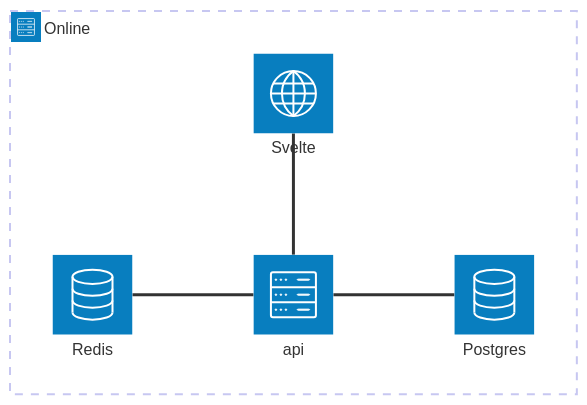
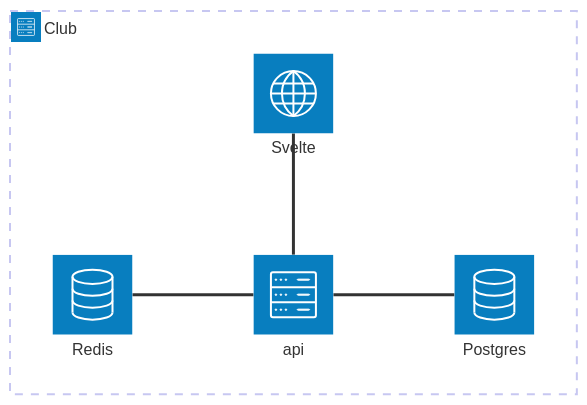
The diagram in README.md (kayordDX/club), drawn with Mermaid before and after one commit. The commit also changed other lines of this file and 242 other files, not shown here.

````diff
--- a/README.md
+++ b/README.md
@@ -76,13 +76,13 @@
 ```mermaid
 architecture-beta
-    group online(server)[Online]
+    group club(server)[Club]
 
-    service db(database)[Postgres] in online
-    service redis(database)[Redis] in online
-    service api(server)[api] in online
-    service svelte(internet)[Svelte] in online
+    service db(database)[Postgres] in club
+    service redis(database)[Redis] in club
+    service api(server)[api] in club
+    service svelte(internet)[Svelte] in club
 
     svelte:B -- T:api
     db:L -- R:api
     redis:R -- L:api
 ```
````
